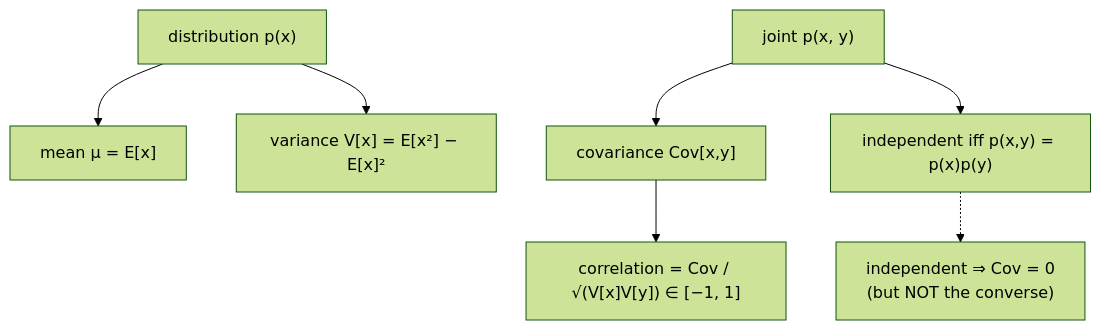
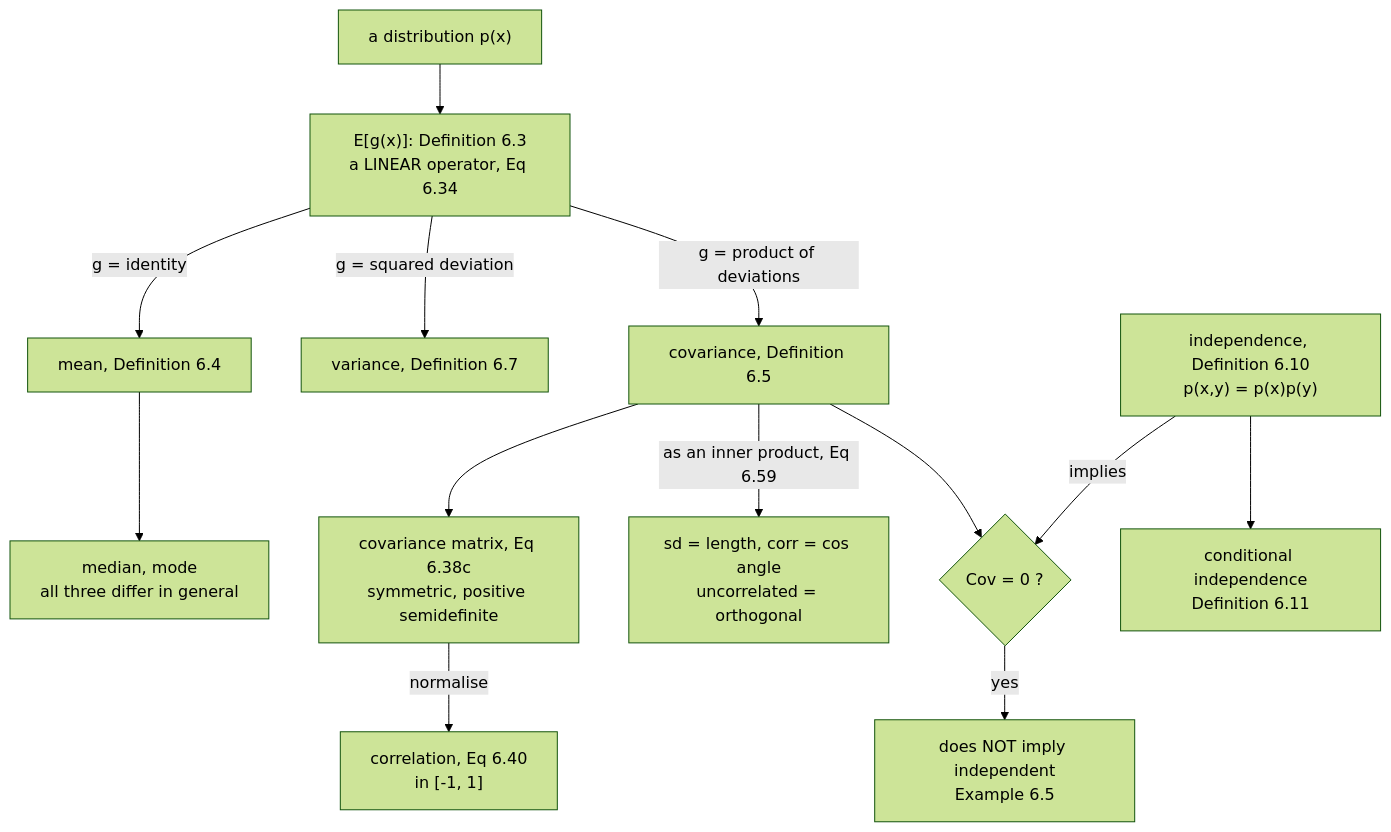
The diagram in src/content/docs/Mathematics for Machine Learning/Chapter 06 - Probability and Distributions/Summary Statistics and Independence.mdx (Ravikisha/PythonCentralHub), drawn with Mermaid (forest theme) before and after one commit. The commit also changed other lines of this file and 1567 other files, not shown here.

````diff
--- a/src/content/docs/Mathematics for Machine Learning/Chapter 06 - Probability and Distributions/Summary Statistics and Independence.mdx
+++ b/src/content/docs/Mathematics for Machine Learning/Chapter 06 - Probability and Distributions/Summary Statistics and Independence.mdx
@@ -115,9 +68,15 @@
 ```mermaid
 flowchart TD
-  D["distribution p(x)"] --> M["mean μ = E[x]"]
-  D --> V["variance V[x] = E[x²] − E[x]²"]
-  D2["joint p(x, y)"] --> C["covariance Cov[x,y]"]
-  C --> R["correlation = Cov / √(V[x]V[y]) ∈ [−1, 1]"]
-  D2 --> I["independent iff p(x,y) = p(x)p(y)"]
-  I -.-> note["independent ⇒ Cov = 0<br/>(but NOT the converse)"]
+  D["a distribution p(x)"] --> E["E[g(x)]: Definition 6.3<br/>a LINEAR operator, Eq 6.34"]
+  E -->|"g = identity"| M["mean, Definition 6.4"]
+  E -->|"g = squared deviation"| V["variance, Definition 6.7"]
+  E -->|"g = product of deviations"| C["covariance, Definition 6.5"]
+  M --> ALT["median, mode<br/>all three differ in general"]
+  C --> CM["covariance matrix, Eq 6.38c<br/>symmetric, positive semidefinite"]
+  CM -->|"normalise"| R["correlation, Eq 6.40<br/>in [-1, 1]"]
+  C -->|"as an inner product, Eq 6.59"| G["sd = length, corr = cos angle<br/>uncorrelated = orthogonal"]
+  C --> Z{"Cov = 0 ?"}
+  Z -->|"yes"| NOT["does NOT imply independent<br/>Example 6.5"]
+  IND["independence, Definition 6.10<br/>p(x,y) = p(x)p(y)"] -->|"implies"| Z
+  IND --> CI["conditional independence<br/>Definition 6.11"]
 ```
````
